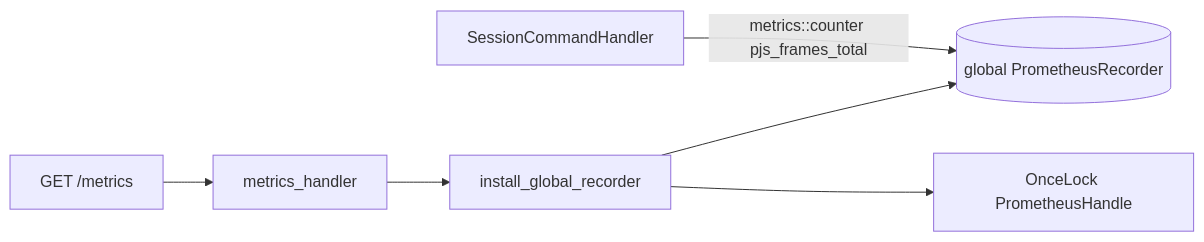
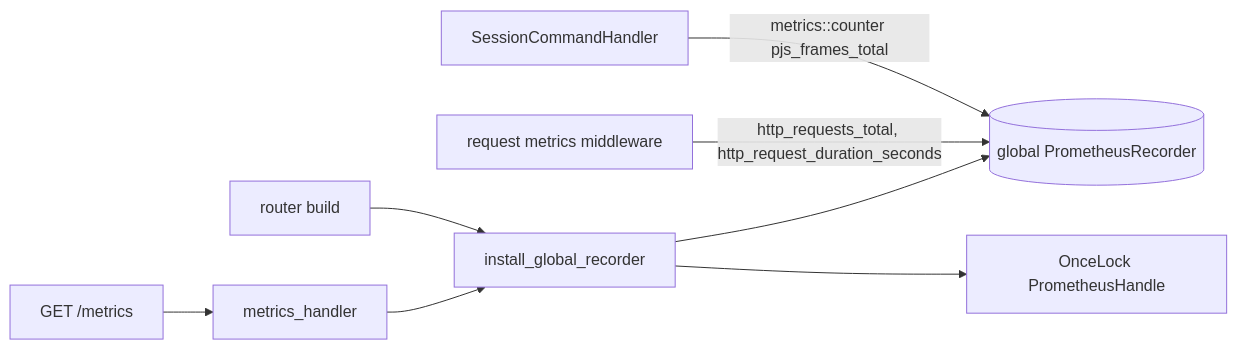
Before and after one commit to bug-ops/pjs: the diagram in specs/http/065-http-prometheus-metrics/plan.md, drawn with Mermaid. The commit also changed other lines of this file and 144 other files, not shown here.

````diff
--- a/specs/http/065-http-prometheus-metrics/plan.md
+++ b/specs/http/065-http-prometheus-metrics/plan.md
@@ -22,6 +22,8 @@
 ```mermaid
 flowchart LR
   CH[SessionCommandHandler] -->|metrics::counter pjs_frames_total| REC[(global PrometheusRecorder)]
+  MW[request metrics middleware] -->|http_requests_total, http_request_duration_seconds| REC
+  BUILD[router build] --> IGR
   SCRAPE[GET /metrics] --> MH[metrics_handler] --> IGR[install_global_recorder] --> REC
   IGR --> OL[OnceLock PrometheusHandle]
 ```
````
